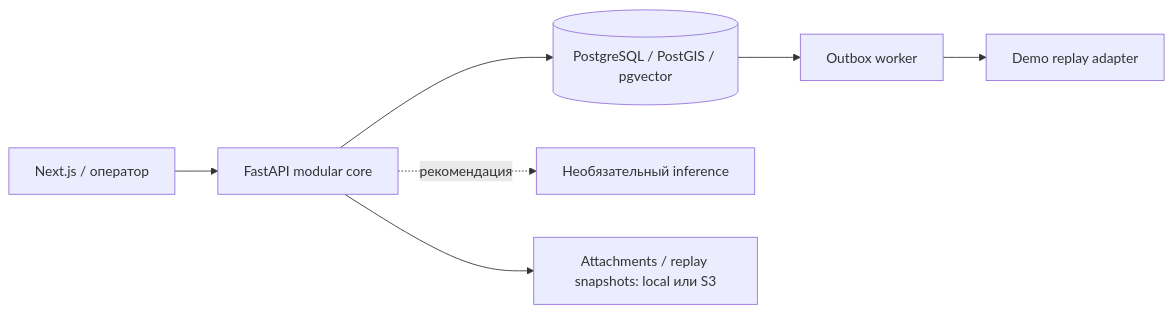
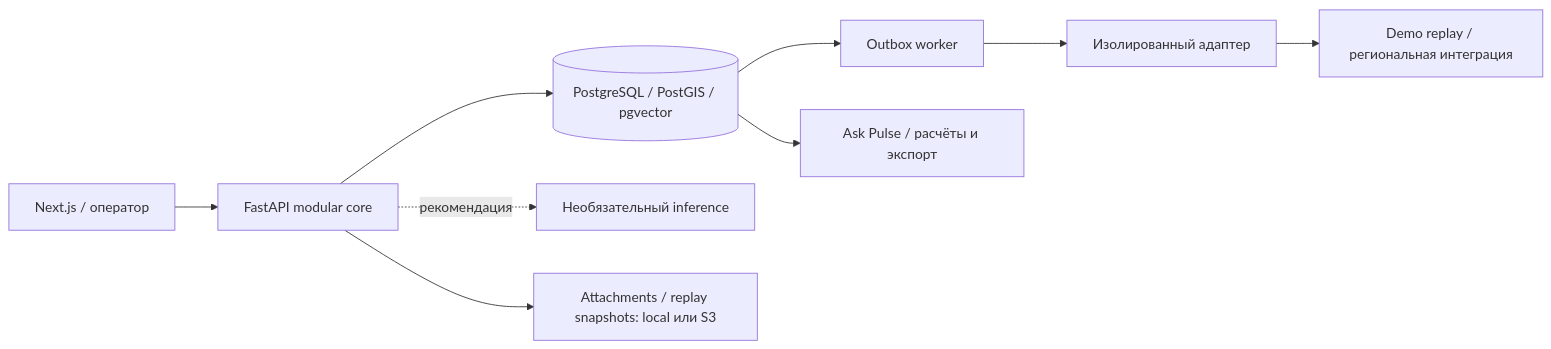
Before and after one commit to BAITC-Hacks/hack-803e2c8f-baash: the diagram in README.md, drawn with Mermaid. The commit also changed other lines of this file and 9 other files, not shown here.

````diff
--- a/README.md
+++ b/README.md
@@ -101,9 +130,11 @@
 ```mermaid
 flowchart LR
     UI[Next.js / оператор] --> API[FastAPI modular core]
     API --> DB[(PostgreSQL / PostGIS / pgvector)]
     API -. рекомендация .-> ML[Необязательный inference]
+    API --> O[Attachments / replay snapshots: local или S3]
     DB --> W[Outbox worker]
-    W --> R[Demo replay adapter]
-    API --> O[Attachments / replay snapshots: local или S3]
+    W --> A[Изолированный адаптер]
+    A --> R[Demo replay / региональная интеграция]
+    DB --> ASK[Ask Pulse / расчёты и экспорт]
 ```
````
